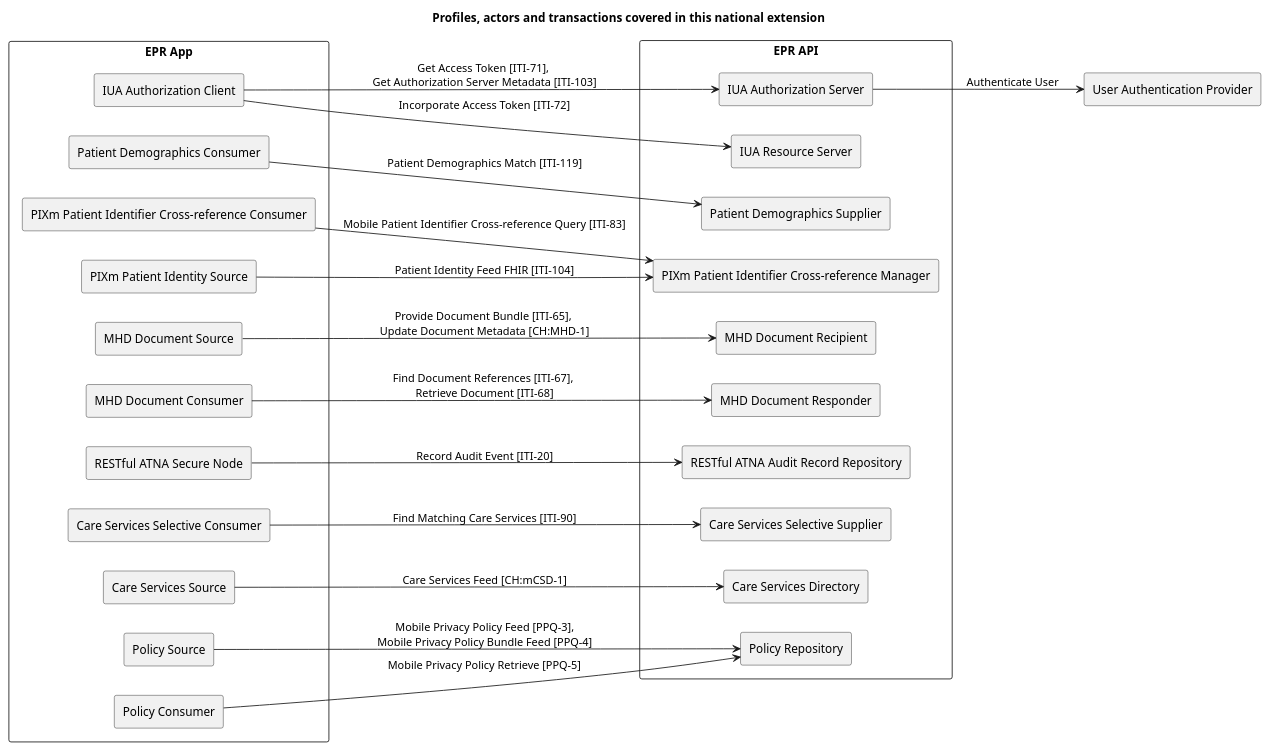
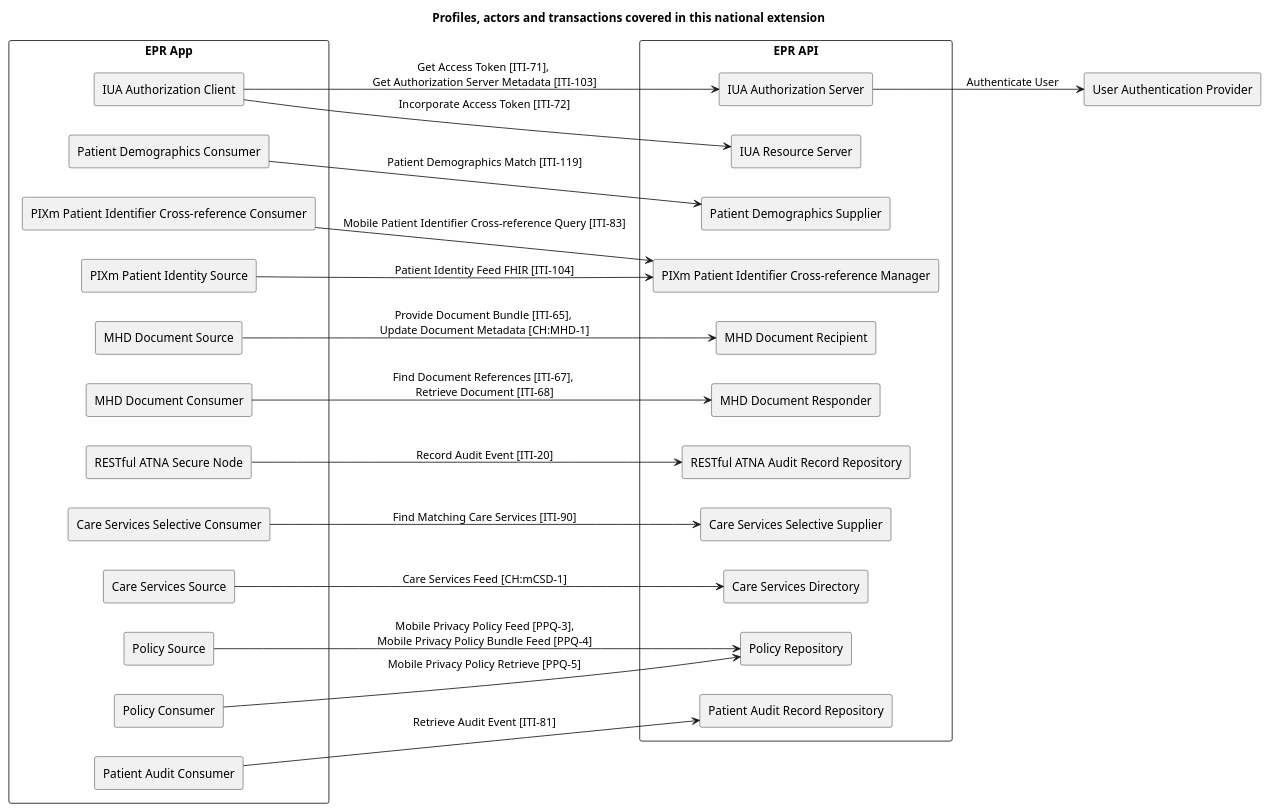
One commit to ehealthsuisse/ch-epr-fhir changed the diagram in input/images-source/overview.plantuml. Above: the diagram before and after it, drawn with PlantUML. The commit also changed 33 other files, not shown here.

```diff
--- a/input/images-source/overview.plantuml
+++ b/input/images-source/overview.plantuml
@@ -1,65 +1,70 @@
 @startuml
 
 title **Profiles, actors and transactions covered in this national extension**
 
 skinparam componentStyle rectangle
 skinparam svgDimensionStyle false
 
 left to right direction
 
 component "EPR App" {
   [IUA Authorization Client] as IUAClient
 
   [Patient Demographics Consumer] as PDQmConsumer
 
   [PIXm Patient Identifier Cross-reference Consumer] as PIXmConsumer
   [PIXm Patient Identity Source] as PIXmSource
 
   [MHD Document Source] as MHDSource
   [MHD Document Consumer] as MHDConsumer
 
   [RESTful ATNA Secure Node] as ATNANode
 
   [Care Services Selective Consumer] as mCSDSelectiveConsumer
   [Care Services Source] as mCSDSelectiveSource
 
   [Policy Source] as PPQmPolicySource
   [Policy Consumer] as PPQmPolicyConsumer
+
+  [Patient Audit Consumer] as ATCPatientAuditConsumer
 }
 
 component "EPR API" {
   [IUA Authorization Server] as IUAAuthServer
   IUAClient -> IUAAuthServer : Get Access Token [ITI-71], \nGet Authorization Server Metadata [ITI-103]
   [IUA Resource Server] as IUAResourceServer
   IUAClient --> IUAResourceServer : Incorporate Access Token [ITI-72]
 
   [Patient Demographics Supplier] as PDQmSupplier
   PDQmConsumer --> PDQmSupplier : Patient Demographics Match [ITI-119]
 
   [PIXm Patient Identifier Cross-reference Manager] as PIXmManager
   PIXmConsumer --> PIXmManager : Mobile Patient Identifier Cross-reference Query [ITI-83]
   PIXmSource --> PIXmManager : Patient Identity Feed FHIR [ITI-104]
 
   [MHD Document Recipient] as MHDRecipient
   MHDSource --> MHDRecipient : Provide Document Bundle [ITI-65], \nUpdate Document Metadata [CH:MHD-1]
 
   [MHD Document Responder] as MHDResponder
   MHDConsumer --> MHDResponder : Find Document References [ITI-67], \nRetrieve Document [ITI-68]
 
   [RESTful ATNA Audit Record Repository] as ATNARepository
   ATNANode --> ATNARepository : Record Audit Event [ITI-20]
 
   [Care Services Selective Supplier] as mCSDSelectiveSupplier
   mCSDSelectiveConsumer --> mCSDSelectiveSupplier : Find Matching Care Services [ITI-90]
   [Care Services Directory] as mCSDSelectiveDirectory
   mCSDSelectiveSource --> mCSDSelectiveDirectory : Care Services Feed [CH:mCSD-1]
 
   [Policy Repository] as PPQmPolicyRepository
   PPQmPolicySource --> PPQmPolicyRepository : Mobile Privacy Policy Feed [PPQ-3],\nMobile Privacy Policy Bundle Feed [PPQ-4]
   PPQmPolicyConsumer --> PPQmPolicyRepository : Mobile Privacy Policy Retrieve [PPQ-5]
+
+  [Patient Audit Record Repository] as ATCPatientAuditRecordRepository
+  ATCPatientAuditConsumer --> ATCPatientAuditRecordRepository : Retrieve Audit Event [ITI-81]	
 }
 
 [User Authentication Provider] as UAProvider
 IUAAuthServer --> UAProvider : Authenticate User
 
 @enduml
```
